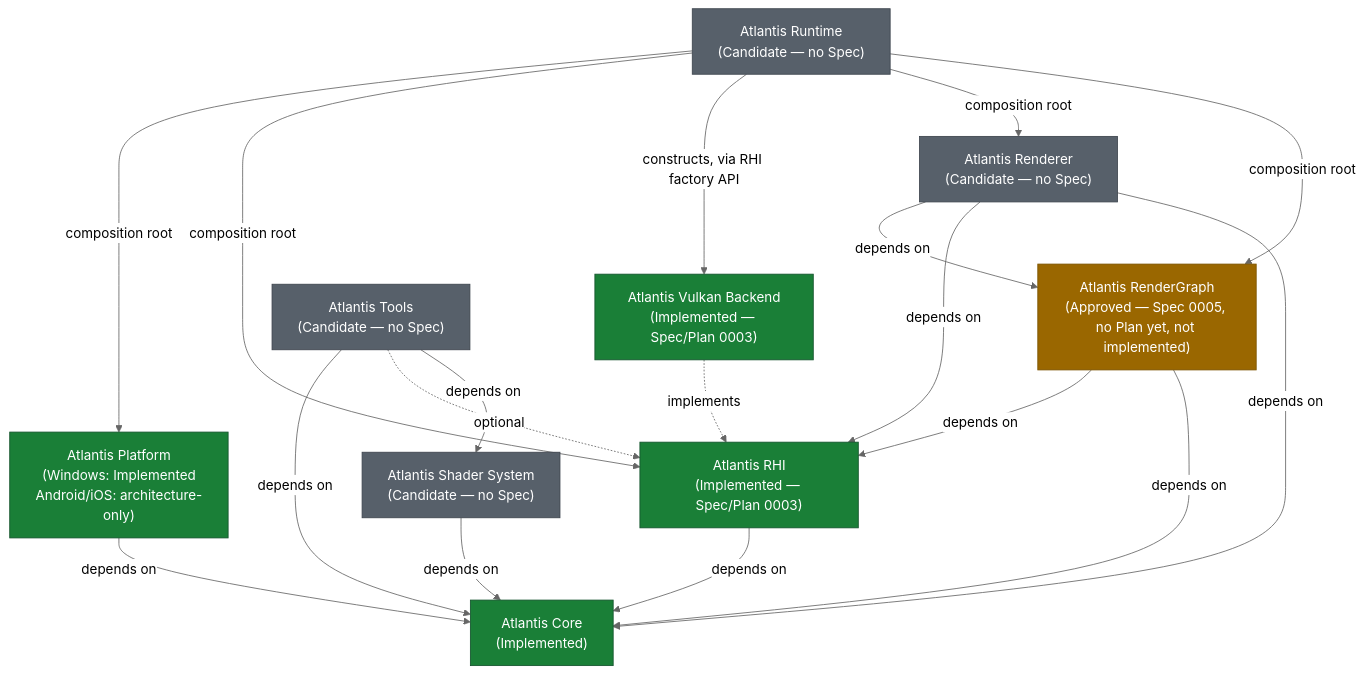
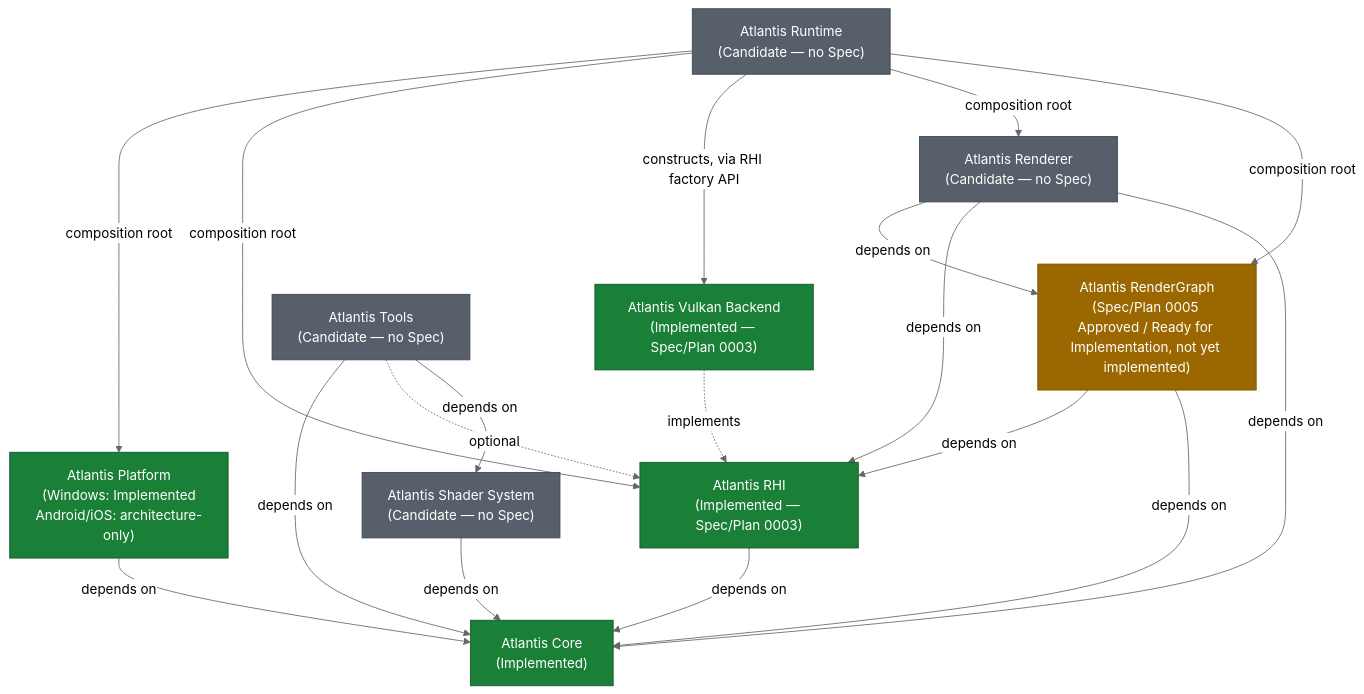
One commit to slmao/Atlantis changed the diagram in docs/project-blueprint.md. Above: the diagram before and after it, drawn with Mermaid (neutral theme). The commit also changed other lines of this file and 3 other files, not shown here.

Commit message:
plan: define RenderGraph foundation

````diff
--- a/docs/project-blueprint.md
+++ b/docs/project-blueprint.md
@@ -89,47 +89,47 @@
 ```mermaid
 graph TD
     Core["Atlantis Core<br/>(Implemented)"]
 
     Platform["Atlantis Platform<br/>(Windows: Implemented<br/>Android/iOS: architecture-only)"]
     RHI["Atlantis RHI<br/>(Implemented — Spec/Plan 0003)"]
     VulkanBackend["Atlantis Vulkan Backend<br/>(Implemented — Spec/Plan 0003)"]
-    RenderGraph["Atlantis RenderGraph<br/>(Approved — Spec 0005, no Plan yet, not implemented)"]
+    RenderGraph["Atlantis RenderGraph<br/>(Spec/Plan 0005 Approved / Ready for Implementation, not yet implemented)"]
     Renderer["Atlantis Renderer<br/>(Candidate — no Spec)"]
     ShaderSystem["Atlantis Shader System<br/>(Candidate — no Spec)"]
     Runtime["Atlantis Runtime<br/>(Candidate — no Spec)"]
     Tools["Atlantis Tools<br/>(Candidate — no Spec)"]
 
     Platform -->|depends on| Core
     RHI -->|depends on| Core
     RenderGraph -->|depends on| RHI
     RenderGraph -->|depends on| Core
     Renderer -->|depends on| RenderGraph
     Renderer -->|depends on| RHI
     Renderer -->|depends on| Core
     ShaderSystem -->|depends on| Core
     Tools -->|depends on| Core
     Tools -.->|optional| RHI
     Tools -->|depends on| ShaderSystem
 
     VulkanBackend -.->|implements| RHI
 
     Runtime -->|composition root| Platform
     Runtime -->|composition root| RHI
     Runtime -->|constructs, via RHI factory API| VulkanBackend
     Runtime -->|composition root| Renderer
     Runtime -->|composition root| RenderGraph
 
     classDef implemented fill:#1a7f37,color:#fff,stroke:#14532d
     classDef approved fill:#9a6700,color:#fff,stroke:#7c5300
     classDef candidate fill:#57606a,color:#fff,stroke:#3d444d
 
     class Core implemented
     class Platform implemented
     class RHI implemented
     class VulkanBackend implemented
     class RenderGraph approved
     class Renderer candidate
     class ShaderSystem candidate
     class Runtime candidate
     class Tools candidate
 ```
````
